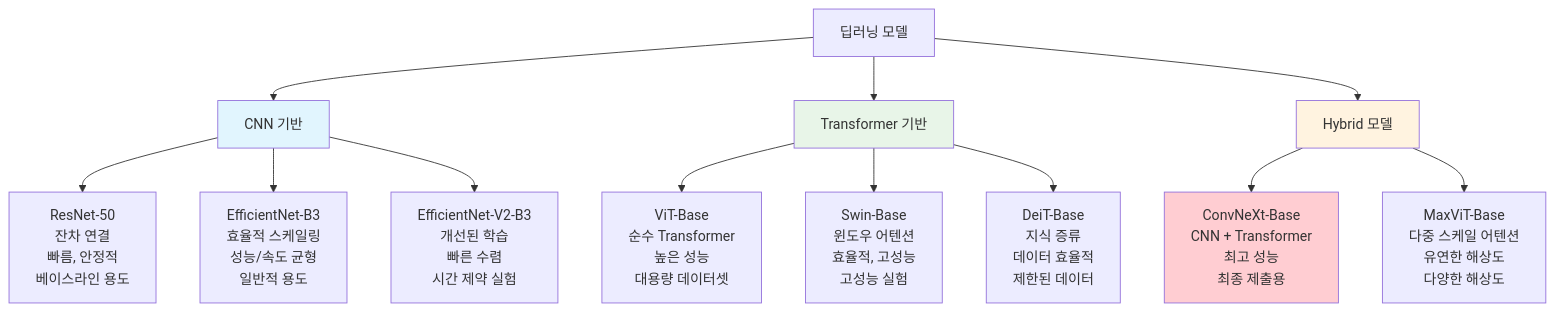
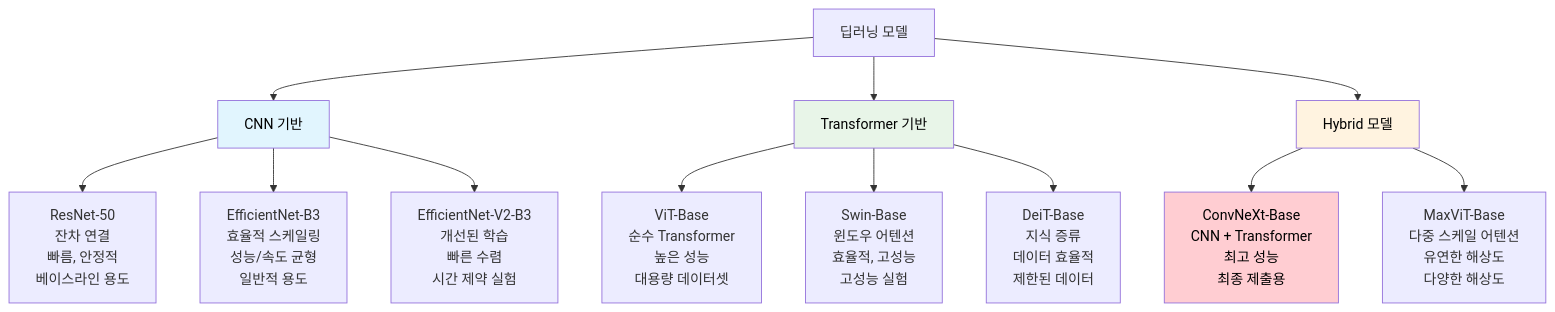
The fifth of 14 diagrams in docs/모델/모델_설정_가이드.md (nimnusmik/CV_documents_classification_competition), drawn with Mermaid before and after one commit. The commit also changed other lines of this file and 11 other files, not shown here.

Commit message:
docs: mermaid 글자 색상 명확한 검정색으로 수정

````diff
--- a/docs/모델/모델_설정_가이드.md
+++ b/docs/모델/모델_설정_가이드.md
@@ -502,22 +502,22 @@
 ```mermaid
 flowchart TD
     A[딥러닝 모델] --> B[CNN 기반]
     A --> C[Transformer 기반]
     A --> D[Hybrid 모델]
     
     B --> E[ResNet-50<br/>잔차 연결<br/>빠름, 안정적<br/>베이스라인 용도]
     B --> F[EfficientNet-B3<br/>효율적 스케일링<br/>성능/속도 균형<br/>일반적 용도]
     B --> G[EfficientNet-V2-B3<br/>개선된 학습<br/>빠른 수렴<br/>시간 제약 실험]
     
     C --> H[ViT-Base<br/>순수 Transformer<br/>높은 성능<br/>대용량 데이터셋]
     C --> I[Swin-Base<br/>윈도우 어텐션<br/>효율적, 고성능<br/>고성능 실험]
     C --> J[DeiT-Base<br/>지식 증류<br/>데이터 효율적<br/>제한된 데이터]
     
     D --> K[ConvNeXt-Base<br/>CNN + Transformer<br/>최고 성능<br/>최종 제출용]
     D --> L[MaxViT-Base<br/>다중 스케일 어텐션<br/>유연한 해상도<br/>다양한 해상도]
     
-    style B fill:#e1f5fe
-    style C fill:#e8f5e8
-    style D fill:#fff3e0
-    style K fill:#ffcdd2
+    style B fill:#e1f5fe, color:#000000
+    style C fill:#e8f5e8, color:#000000
+    style D fill:#fff3e0, color:#000000
+    style K fill:#ffcdd2, color:#000000
 ```
````
